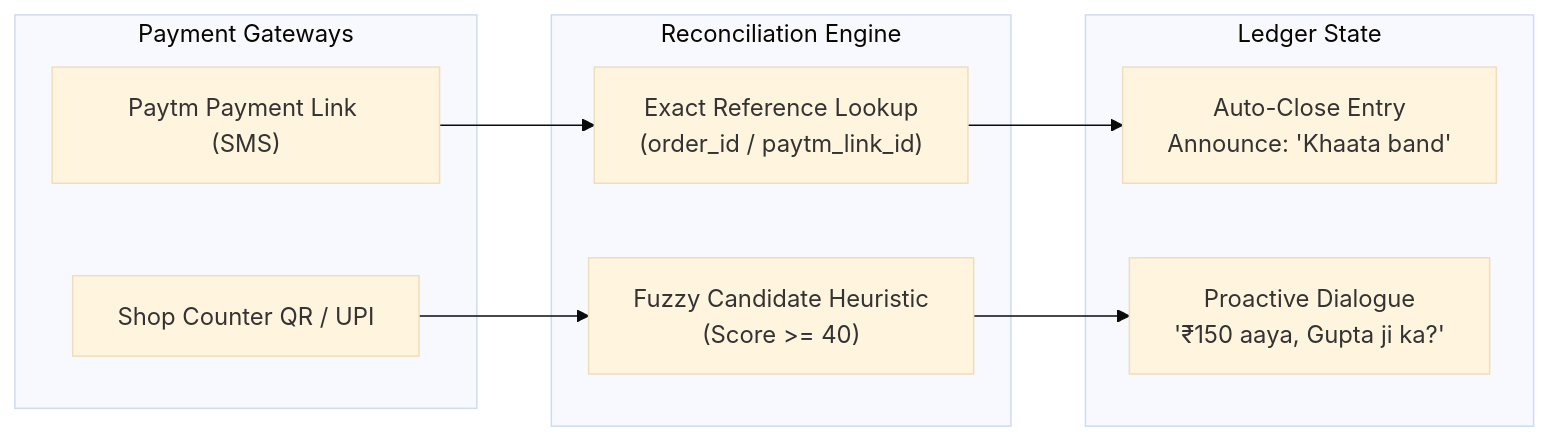
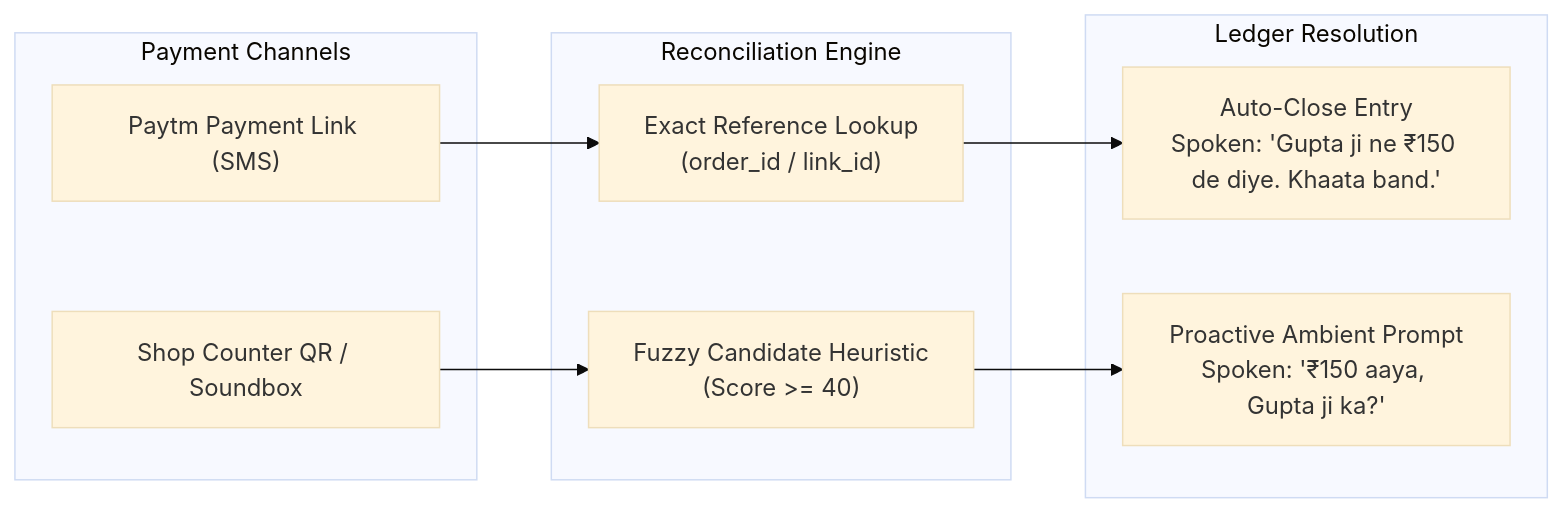
Before and after one commit to mahreenaisha/pari: the third of 4 diagrams in README.md, drawn with Mermaid (base theme). The commit also changed other lines of this file and 3 other files, not shown here.

````diff
--- a/README.md
+++ b/README.md
@@ -190,20 +210,20 @@
 ```mermaid
 flowchart LR
-    subgraph PaymentSources["Payment Gateways"]
+    subgraph Sources["Payment Channels"]
         PL["Paytm Payment Link (SMS)"]
-        QR["Shop Counter QR / UPI"]
+        QR["Shop Counter QR / Soundbox"]
     end
 
     subgraph ReconcilerLogic["Reconciliation Engine"]
-        Exact["Exact Reference Lookup<br/>(order_id / paytm_link_id)"]
+        Exact["Exact Reference Lookup<br/>(order_id / link_id)"]
         Scorer["Fuzzy Candidate Heuristic<br/>(Score >= 40)"]
     end
 
-    subgraph Outcome["Ledger State"]
-        AutoClose["Auto-Close Entry<br/>Announce: 'Khaata band'"]
-        ProactiveAsk["Proactive Dialogue<br/>'₹150 aaya, Gupta ji ka?'"]
+    subgraph Actions["Ledger Resolution"]
+        AutoClose["Auto-Close Entry<br/>Spoken: 'Gupta ji ne ₹150 de diye. Khaata band.'"]
+        ProactiveAsk["Proactive Ambient Prompt<br/>Spoken: '₹150 aaya, Gupta ji ka?'"]
     end
 
     PL --> Exact --> AutoClose
     QR --> Scorer --> ProactiveAsk
 ```
````
